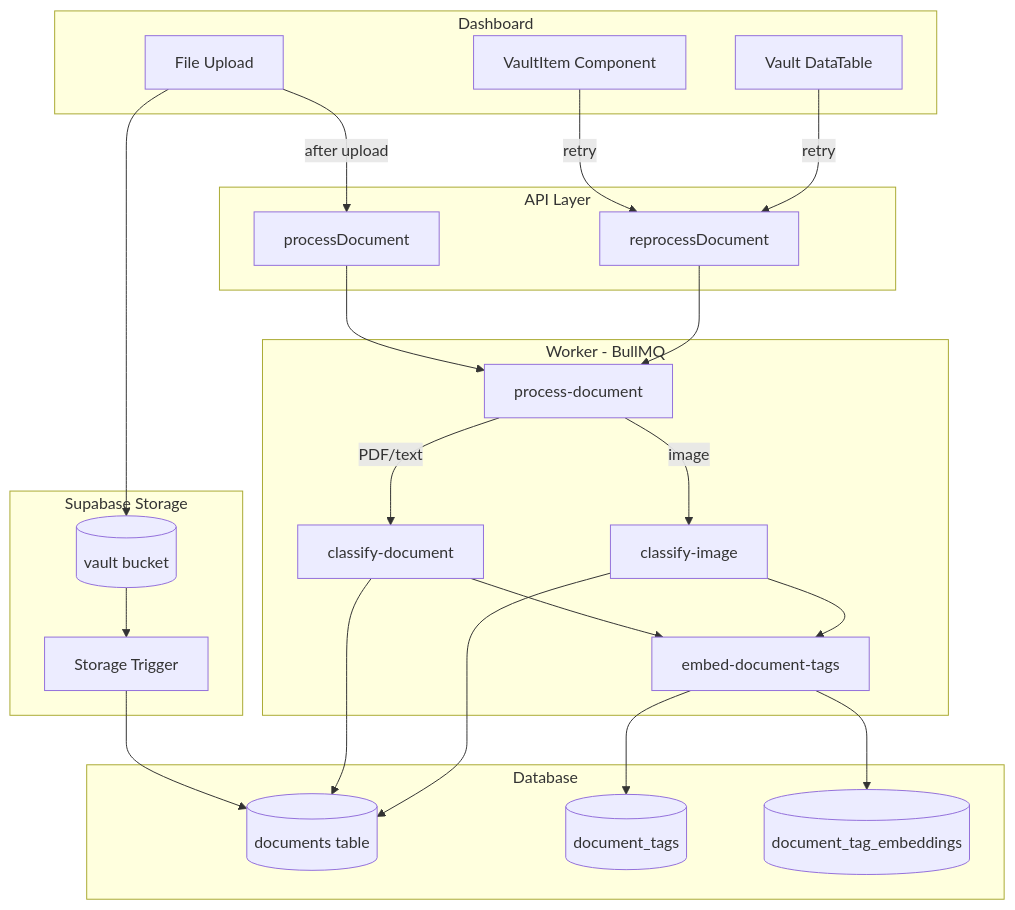
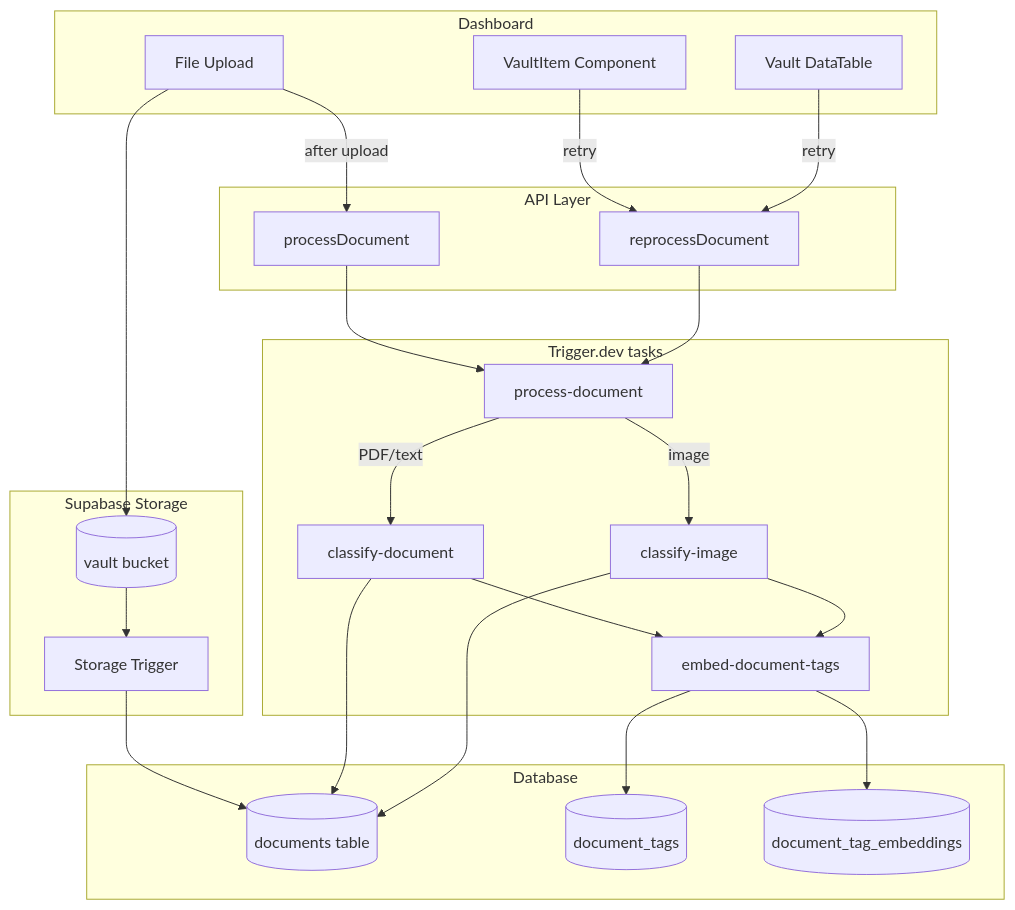
The first of 6 diagrams in docs/document-processing.md (FredflixBE/midday), drawn with Mermaid before and after one commit. The commit also changed other lines of this file and 3 other files, not shown here.

````diff
--- a/docs/document-processing.md
+++ b/docs/document-processing.md
@@ -25,51 +20,51 @@
 ```mermaid
 graph TB
     subgraph dashboard [Dashboard]
         Upload[File Upload]
         VaultItem[VaultItem Component]
         DataTable[Vault DataTable]
     end
     
     subgraph storage [Supabase Storage]
         Bucket[(vault bucket)]
         Trigger[Storage Trigger]
     end
     
     subgraph api [API Layer]
         ProcessAPI[processDocument]
         Reprocess[reprocessDocument]
     end
     
     subgraph db [Database]
         Documents[(documents table)]
         Tags[(document_tags)]
         Embeddings[(document_tag_embeddings)]
     end
     
-    subgraph worker [Worker - BullMQ]
+    subgraph jobs [Trigger.dev tasks]
         ProcessDoc[process-document]
         ClassifyDoc[classify-document]
         ClassifyImg[classify-image]
         EmbedTags[embed-document-tags]
     end
     
     Upload --> Bucket
     Bucket --> Trigger
     Trigger --> Documents
     Upload -->|after upload| ProcessAPI
     ProcessAPI --> ProcessDoc
     
     ProcessDoc -->|PDF/text| ClassifyDoc
     ProcessDoc -->|image| ClassifyImg
     ClassifyDoc --> EmbedTags
     ClassifyImg --> EmbedTags
     
     ClassifyDoc --> Documents
     ClassifyImg --> Documents
     EmbedTags --> Tags
     EmbedTags --> Embeddings
     
     VaultItem -->|retry| Reprocess
     DataTable -->|retry| Reprocess
     Reprocess --> ProcessDoc
 ```
````
